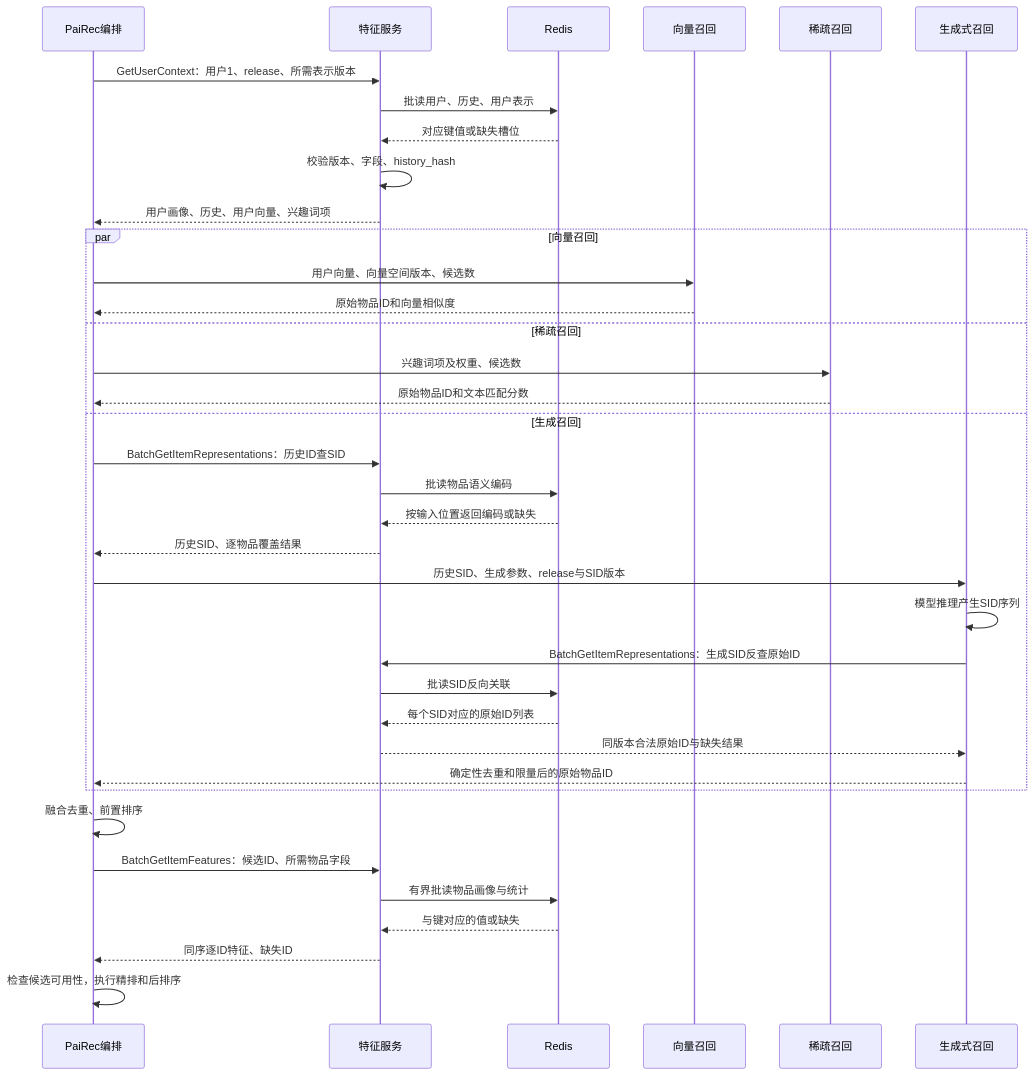
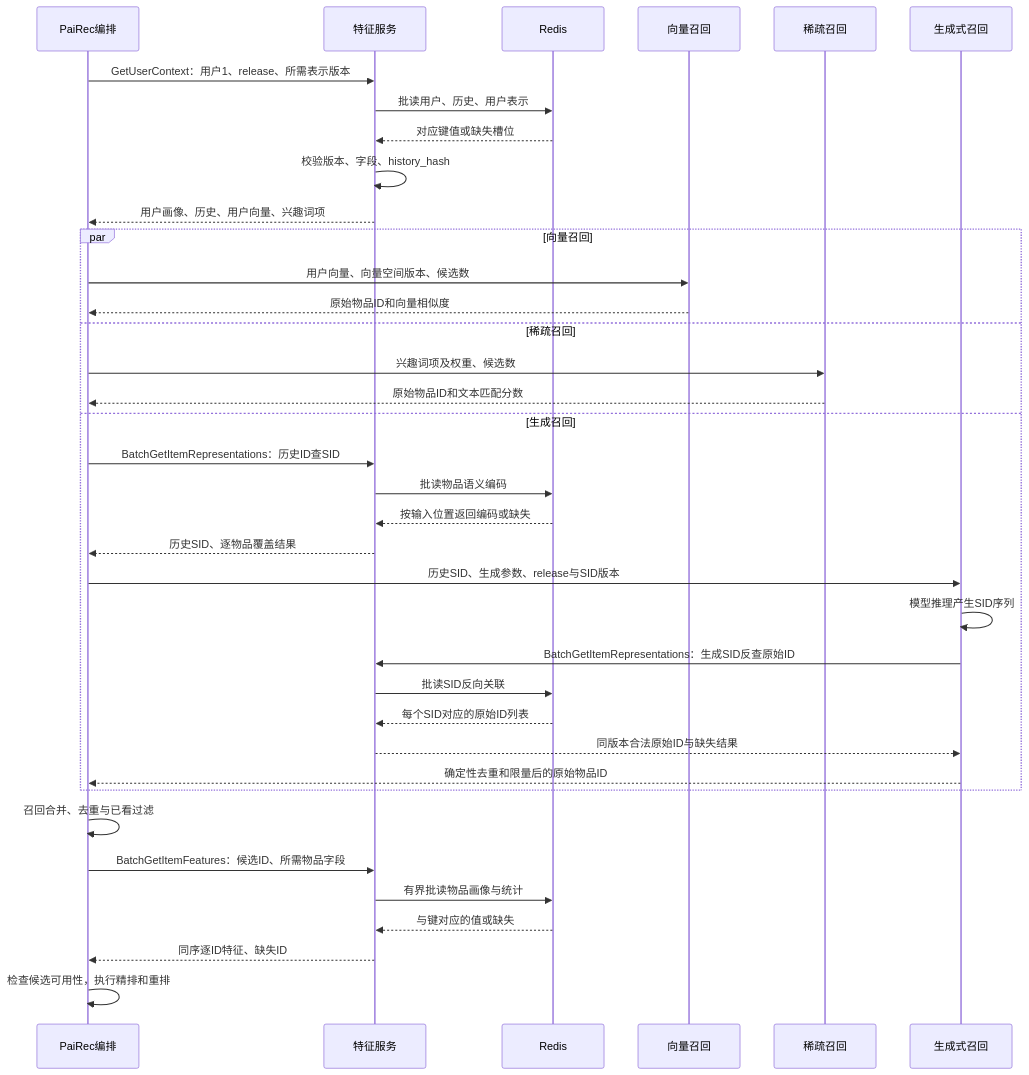
The diagram in diagrams/05_feature_data_04.mmd (bitianyuan123/docs), drawn with Mermaid before and after one commit. The commit also changed 84 other files, not shown here.

```diff
--- a/diagrams/05_feature_data_04.mmd
+++ b/diagrams/05_feature_data_04.mmd
@@ -1,37 +1,37 @@
 sequenceDiagram
     participant P as PaiRec编排
     participant F as 特征服务
     participant R as Redis
     participant D as 向量召回
     participant S as 稀疏召回
     participant G as 生成式召回
     P->>F: GetUserContext：用户1、release、所需表示版本
     F->>R: 批读用户、历史、用户表示
     R-->>F: 对应键值或缺失槽位
     F->>F: 校验版本、字段、history_hash
     F-->>P: 用户画像、历史、用户向量、兴趣词项
     par 向量召回
         P->>D: 用户向量、向量空间版本、候选数
         D-->>P: 原始物品ID和向量相似度
     and 稀疏召回
         P->>S: 兴趣词项及权重、候选数
         S-->>P: 原始物品ID和文本匹配分数
     and 生成召回
         P->>F: BatchGetItemRepresentations：历史ID查SID
         F->>R: 批读物品语义编码
         R-->>F: 按输入位置返回编码或缺失
         F-->>P: 历史SID、逐物品覆盖结果
         P->>G: 历史SID、生成参数、release与SID版本
         G->>G: 模型推理产生SID序列
         G->>F: BatchGetItemRepresentations：生成SID反查原始ID
         F->>R: 批读SID反向关联
         R-->>F: 每个SID对应的原始ID列表
         F-->>G: 同版本合法原始ID与缺失结果
         G-->>P: 确定性去重和限量后的原始物品ID
     end
-    P->>P: 融合去重、前置排序
+    P->>P: 召回合并、去重与已看过滤
     P->>F: BatchGetItemFeatures：候选ID、所需物品字段
     F->>R: 有界批读物品画像与统计
     R-->>F: 与键对应的值或缺失
     F-->>P: 同序逐ID特征、缺失ID
-    P->>P: 检查候选可用性，执行精排和后排序
+    P->>P: 检查候选可用性，执行精排和重排
```
